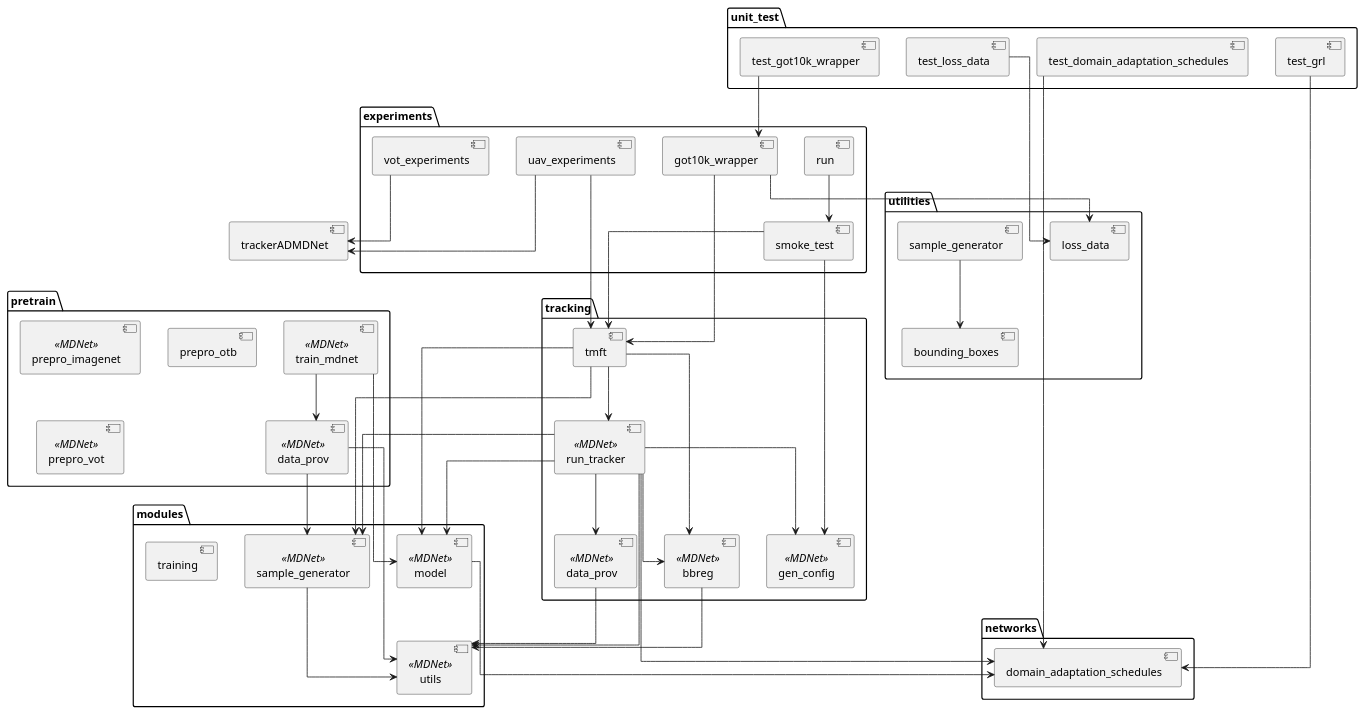
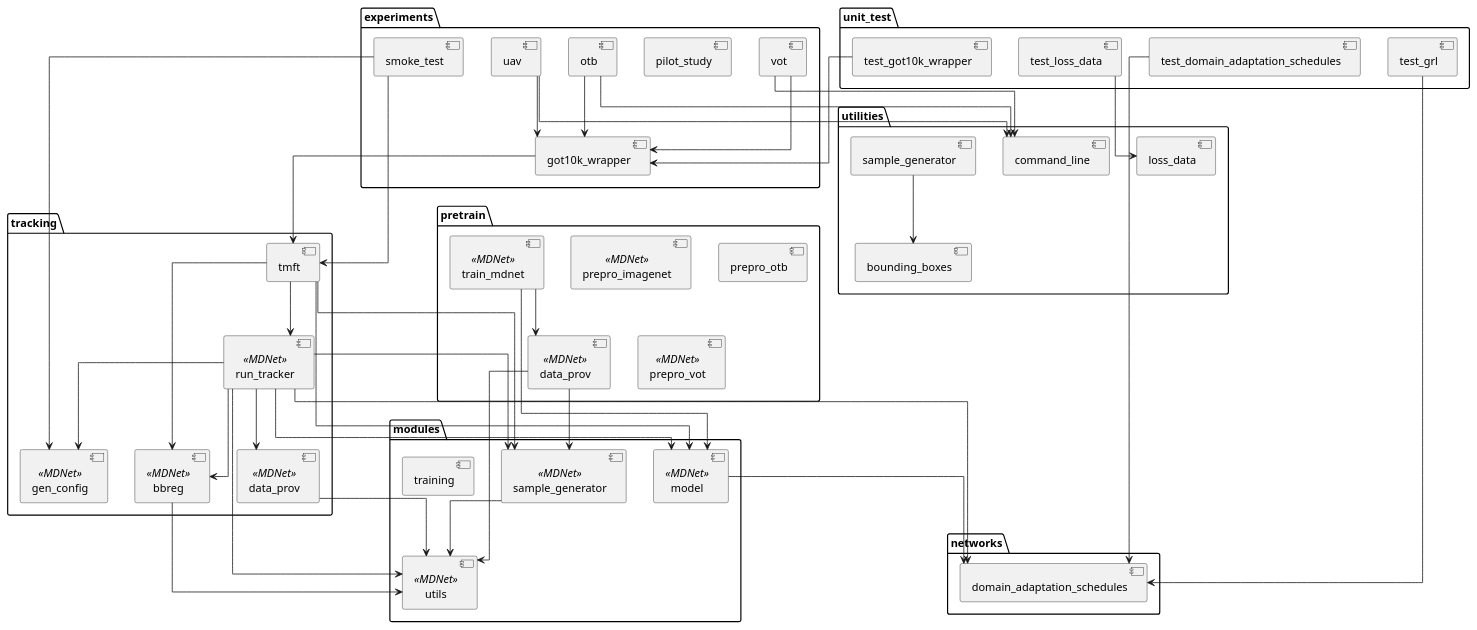
Before and after one commit to brobeson/tmft: the diagram in docs/source/dependencies.puml, drawn with PlantUML. The commit also changed 11 other files, not shown here.

```diff
--- a/docs/source/dependencies.puml
+++ b/docs/source/dependencies.puml
@@ -1,90 +1,93 @@
 @startuml
 
 skinparam Linetype ortho
 
 package experiments {
   [got10k_wrapper]
-  [run]
+  [otb]
+  [pilot_study]
   [smoke_test]
-  [uav_experiments]
-  [vot_experiments]
+  [uav]
+  [vot]
 }
 
 package modules {
   [model] <<MDNet>>
   [sample_generator] as modules_sample_generator <<MDNet>>
   [training]
   [utils] <<MDNet>>
 }
 
 package networks {
   [domain_adaptation_schedules]
 }
 
 package pretrain {
   [data_prov] as pretrain_data_prov <<MDNet>>
   [prepro_imagenet] <<MDNet>>
   [prepro_otb]
   [prepro_vot] <<MDNet>>
   [train_mdnet] <<MDNet>>
 }
 
 package tracking {
   [bbreg] <<MDNet>>
   [data_prov] as tracking_data_prov <<MDNet>>
   [gen_config] <<MDNet>>
   [run_tracker] <<MDNet>>
   [tmft]
 }
 
 package unit_test {
   [test_got10k_wrapper]
   [test_domain_adaptation_schedules]
   [test_grl]
   [test_loss_data]
 }
 
 package utilities {
   [bounding_boxes]
+  [command_line]
   [loss_data]
   [sample_generator] as utilities_sample_generator
 }
 
 [got10k_wrapper] --> [tmft]
-[got10k_wrapper] --> [loss_data]
-[run] --> [smoke_test]
+[otb] --> [got10k_wrapper]
+[otb] --> [command_line]
 [smoke_test] --> [gen_config]
 [smoke_test] --> [tmft]
-[uav_experiments] --> [trackerADMDNet]
-[uav_experiments] --> [tmft]
-[vot_experiments] --> [trackerADMDNet]
+[uav] --> [got10k_wrapper]
+[uav] --> [command_line]
+[vot] --> [got10k_wrapper]
+[vot] --> [command_line]
 
 [model] --> [domain_adaptation_schedules]
 modules_sample_generator --> [utils]
 
 pretrain_data_prov --> modules_sample_generator
 pretrain_data_prov --> [utils]
 [train_mdnet] --> pretrain_data_prov
 [train_mdnet] --> [model]
 
 [bbreg] --> [utils]
 tracking_data_prov --> [utils]
 [run_tracker] --> [model]
 [run_tracker] --> modules_sample_generator
 [run_tracker] --> [utils]
 [run_tracker] --> [domain_adaptation_schedules]
 [run_tracker] --> tracking_data_prov
 [run_tracker] --> [bbreg]
 [run_tracker] --> [gen_config]
 [tmft] --> [model]
 [tmft] --> modules_sample_generator
 [tmft] --> [bbreg]
 [tmft] --> [run_tracker]
 
 [test_got10k_wrapper] --> [got10k_wrapper]
 [test_domain_adaptation_schedules] --> [domain_adaptation_schedules]
 [test_loss_data] --> [loss_data]
 [test_grl] --> [domain_adaptation_schedules]
 
 utilities_sample_generator --> [bounding_boxes]
 @enduml
```
